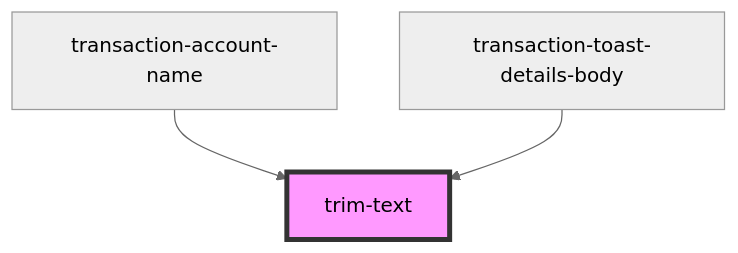
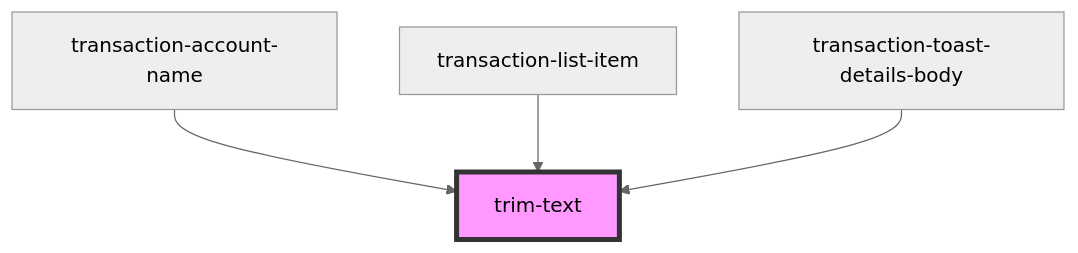
One commit to multiversx/mx-sdk-dapp-ui changed the diagram in src/components/visual/trim/readme.md. Above: the diagram before and after it, drawn with Mermaid (neutral theme). The commit also changed other lines of this file and 8 other files, not shown here.

````diff
--- a/src/components/visual/trim/readme.md
+++ b/src/components/visual/trim/readme.md
@@ -25,6 +26,7 @@
 ```mermaid
 graph TD;
   transaction-account-name --> trim-text
+  transaction-list-item --> trim-text
   transaction-toast-details-body --> trim-text
   style trim-text fill:#f9f,stroke:#333,stroke-width:4px
 ```
````
